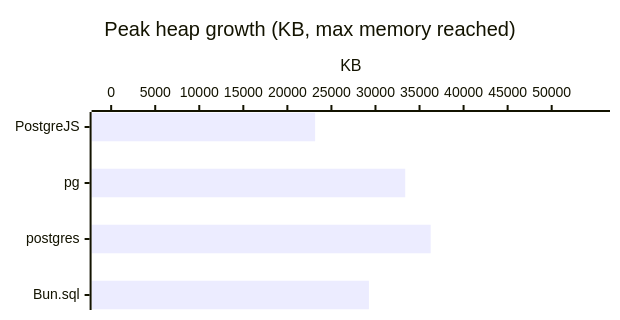
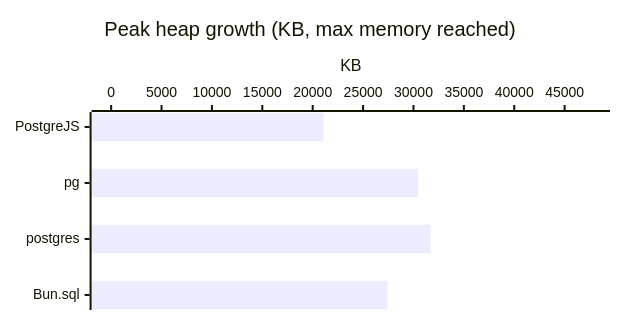
Before and after one commit to panates/postgrejs-doc: the ninth of 56 diagrams in docs/getting-started/benchmarks-bun.md, drawn with Mermaid. The commit also changed other lines of this file and 13 other files, not shown here.

````diff
--- a/docs/getting-started/benchmarks-bun.md
+++ b/docs/getting-started/benchmarks-bun.md
@@ -261,8 +268,8 @@
 ```mermaid
 %%{init: {'xyChart': {'width': 600, 'height': 300, 'chartOrientation': 'horizontal'}}}%%
 xychart-beta
     title "Peak heap growth (KB, max memory reached)"
     x-axis ["PostgreJS", "pg", "postgres", "Bun.sql"]
-    y-axis "KB" 0.0000 --> 54397.2524
-    bar [23150.3662, 33375.4580, 36264.8350, 29253.3945]
+    y-axis "KB" 0.0000 --> 47561.2544
+    bar [21072.1855, 30452.6953, 31707.5029, 27416.6357]
 ```
````
